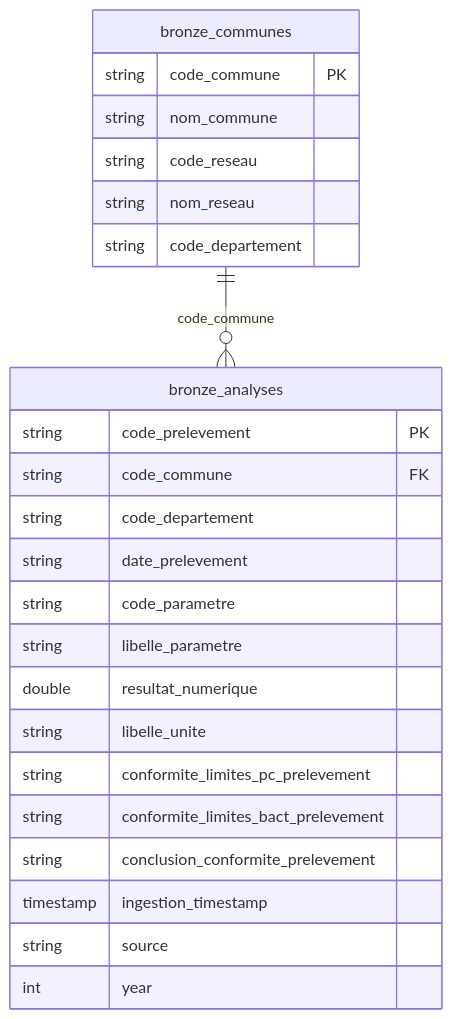
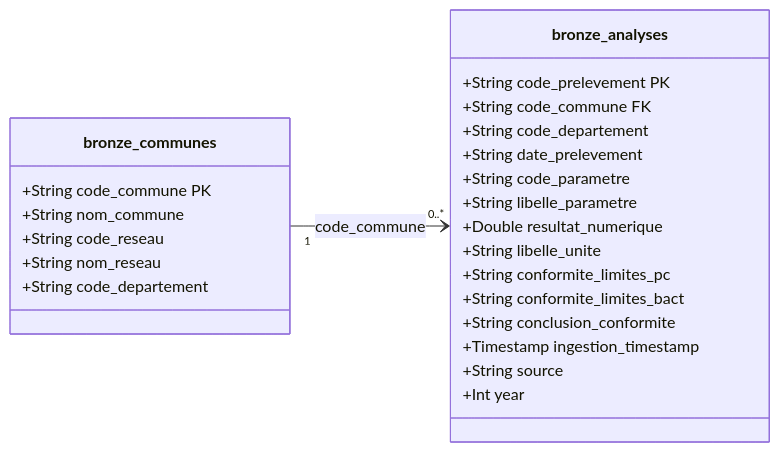
Before and after one commit to DVDJNBR/WTR_QLT: the third of 5 diagrams in README.md, drawn with Mermaid. The commit also changed other lines of this file, not shown here.

Commit message:
docs: schémas erDiagram → classDiagram direction LR (layout horizontal)

````diff
--- a/README.md
+++ b/README.md
@@ -199,28 +199,28 @@
 ```mermaid
-%%{init: {"er": {"layoutDirection": "LR"}} }%%
-erDiagram
-    bronze_communes {
-        string code_commune PK
-        string nom_commune
-        string code_reseau
-        string nom_reseau
-        string code_departement
+classDiagram
+    direction LR
+    class bronze_communes {
+        +String code_commune PK
+        +String nom_commune
+        +String code_reseau
+        +String nom_reseau
+        +String code_departement
     }
-    bronze_analyses {
-        string code_prelevement PK
-        string code_commune FK
-        string code_departement
-        string date_prelevement
-        string code_parametre
-        string libelle_parametre
-        double resultat_numerique
-        string libelle_unite
-        string conformite_limites_pc_prelevement
-        string conformite_limites_bact_prelevement
-        string conclusion_conformite_prelevement
-        timestamp ingestion_timestamp
-        string source
-        int year
+    class bronze_analyses {
+        +String code_prelevement PK
+        +String code_commune FK
+        +String code_departement
+        +String date_prelevement
+        +String code_parametre
+        +String libelle_parametre
+        +Double resultat_numerique
+        +String libelle_unite
+        +String conformite_limites_pc
+        +String conformite_limites_bact
+        +String conclusion_conformite
+        +Timestamp ingestion_timestamp
+        +String source
+        +Int year
     }
-    bronze_communes ||--o{ bronze_analyses : "code_commune"
+    bronze_communes "1" --> "0..*" bronze_analyses : code_commune
 ```
````
